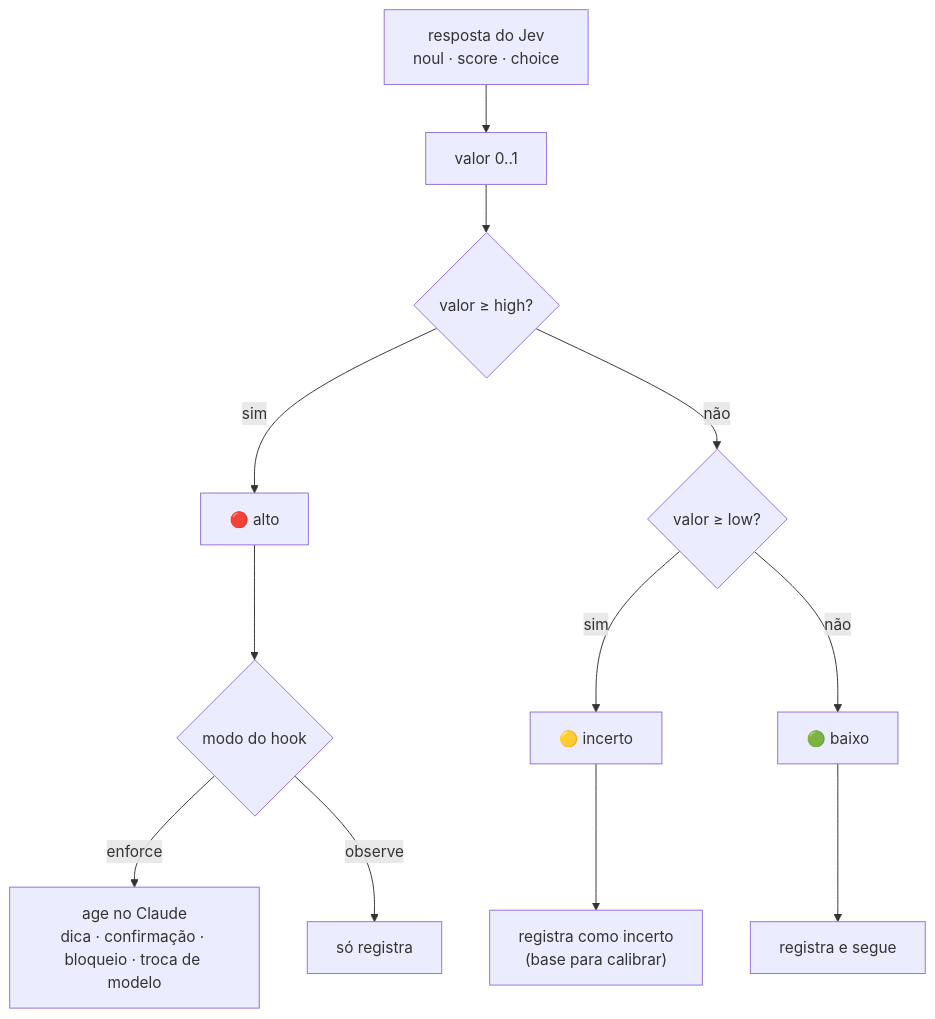
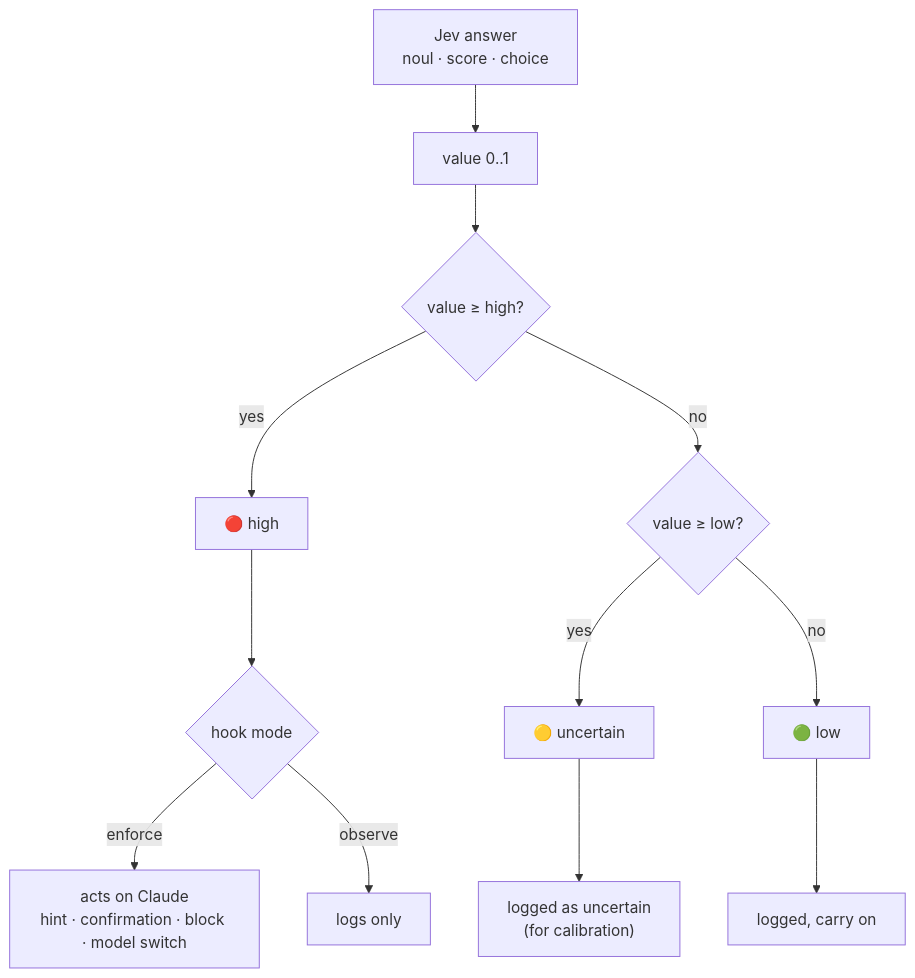
One commit to Civalski/claujev changed the third of 4 diagrams in README.md. Above: the diagram before and after it, drawn with Mermaid. The commit also changed other lines of this file and 28 other files, not shown here.

First line of the commit message:
ClauJev 2.0: plugin do Claude Code, mod com esforço automático, skill e inglês

````diff
--- a/README.md
+++ b/README.md
@@ -131,15 +173,15 @@
 ```mermaid
 flowchart TD
-    A["resposta do Jev<br/>noul · score · choice"] --> N["valor 0..1"]
-    N --> B{"valor ≥ high?"}
-    B -- sim --> ALTO["🔴 alto"]
-    B -- não --> C{"valor ≥ low?"}
-    C -- sim --> INC["🟡 incerto"]
-    C -- não --> BAIXO["🟢 baixo"]
+    A["Jev answer<br/>noul · score · choice"] --> N["value 0..1"]
+    N --> B{"value ≥ high?"}
+    B -- yes --> HI["🔴 high"]
+    B -- no --> C{"value ≥ low?"}
+    C -- yes --> UN["🟡 uncertain"]
+    C -- no --> LO["🟢 low"]
 
-    ALTO --> M{"modo do hook"}
-    M -- enforce --> ACT["age no Claude<br/>dica · confirmação · bloqueio · troca de modelo"]
-    M -- observe --> LOGA["só registra"]
-    INC --> LOGB["registra como incerto<br/>(base para calibrar)"]
-    BAIXO --> NADA["registra e segue"]
+    HI --> M{"hook mode"}
+    M -- enforce --> ACT["acts on Claude<br/>hint · confirmation · block · model switch"]
+    M -- observe --> LOGA["logs only"]
+    UN --> LOGB["logged as uncertain<br/>(for calibration)"]
+    LO --> NONE["logged, carry on"]
 ```
````
